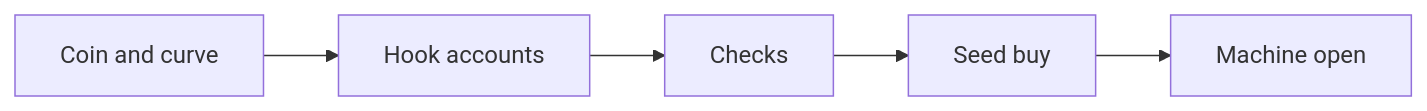
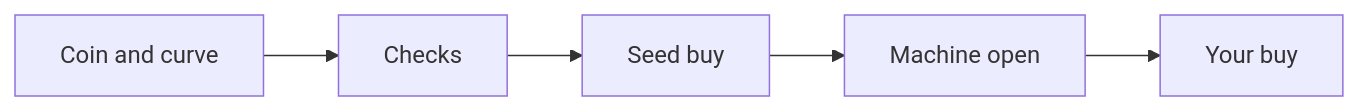
Before and after one commit to gabox-labs/docs: the diagram in launch-a-machine.mdx, drawn with Mermaid. The commit also changed other lines of this file and 32 other files, not shown here.

First line of the commit message:
Docs for the transfer fee release: coin fee, fee plan v4, dev buy

````diff
--- a/launch-a-machine.mdx
+++ b/launch-a-machine.mdx
@@ -20,7 +19,7 @@
 ```mermaid
 flowchart LR
- A[Coin and curve] --> B[Hook accounts]
- B --> C[Checks]
- C --> D[Seed buy]
- D --> E[Machine open]
+ A[Coin and curve] --> B[Checks]
+ B --> C[Seed buy]
+ C --> D[Machine open]
+ D --> E[Your buy]
 ```
````
